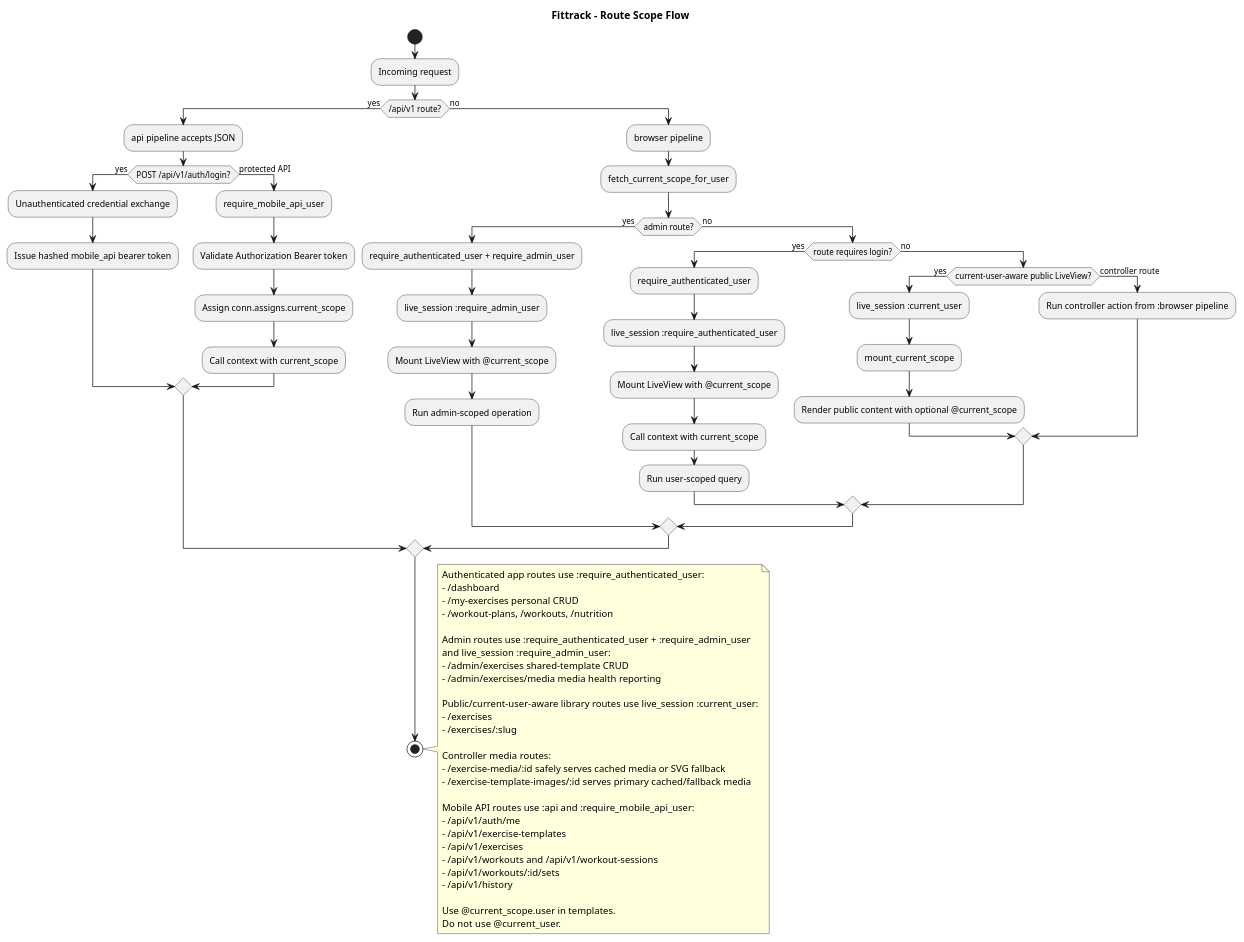
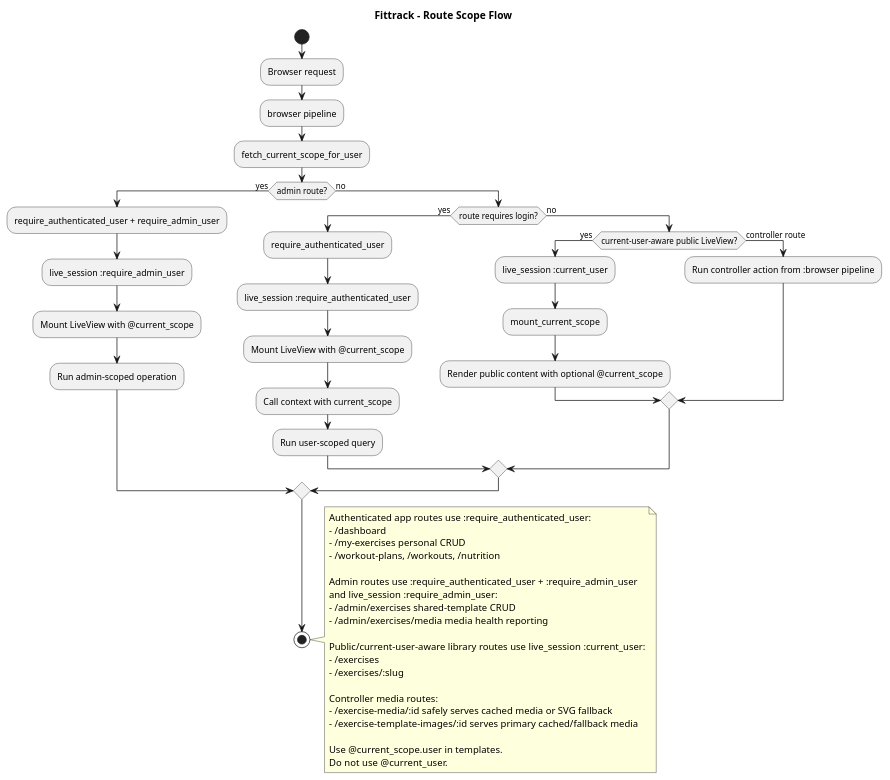
The third of 10 diagrams in docs/diagrams/ARCHITECTURE.puml (Ryner88/fittrack), drawn with PlantUML before and after one commit. The commit also changed other lines of this file and 39 other files, not shown here.

First line of the commit message:
Revert "Merge pull request #19 from Ryner88/mobile-api-expo-integration"

```diff
--- a/docs/diagrams/ARCHITECTURE.puml
+++ b/docs/diagrams/ARCHITECTURE.puml
@@ -218,79 +174,57 @@
 @startuml Fittrack_Authenticated_Routing
 title Fittrack - Route Scope Flow
 
 skinparam shadowing false
 
 start
-:Incoming request;
+:Browser request;
+:browser pipeline;
+:fetch_current_scope_for_user;
 
-if (/api/v1 route?) then (yes)
-  :api pipeline accepts JSON;
-  if (POST /api/v1/auth/login?) then (yes)
-    :Unauthenticated credential exchange;
-    :Issue hashed mobile_api bearer token;
-  else (protected API)
-    :require_mobile_api_user;
-    :Validate Authorization Bearer token;
-    :Assign conn.assigns.current_scope;
+if (admin route?) then (yes)
+  :require_authenticated_user + require_admin_user;
+  :live_session :require_admin_user;
+  :Mount LiveView with @current_scope;
+  :Run admin-scoped operation;
+else (no)
+  if (route requires login?) then (yes)
+    :require_authenticated_user;
+    :live_session :require_authenticated_user;
+    :Mount LiveView with @current_scope;
     :Call context with current_scope;
-  endif
-else (no)
-  :browser pipeline;
-  :fetch_current_scope_for_user;
-
-  if (admin route?) then (yes)
-    :require_authenticated_user + require_admin_user;
-    :live_session :require_admin_user;
-    :Mount LiveView with @current_scope;
-    :Run admin-scoped operation;
+    :Run user-scoped query;
   else (no)
-    if (route requires login?) then (yes)
-      :require_authenticated_user;
-      :live_session :require_authenticated_user;
-      :Mount LiveView with @current_scope;
-      :Call context with current_scope;
-      :Run user-scoped query;
-    else (no)
-      if (current-user-aware public LiveView?) then (yes)
-        :live_session :current_user;
-        :mount_current_scope;
-        :Render public content with optional @current_scope;
-      else (controller route)
-        :Run controller action from :browser pipeline;
-      endif
+    if (current-user-aware public LiveView?) then (yes)
+      :live_session :current_user;
+      :mount_current_scope;
+      :Render public content with optional @current_scope;
+    else (controller route)
+      :Run controller action from :browser pipeline;
     endif
   endif
 endif
 stop
 
 note right
 Authenticated app routes use :require_authenticated_user:
 - /dashboard
 - /my-exercises personal CRUD
 - /workout-plans, /workouts, /nutrition
 
 Admin routes use :require_authenticated_user + :require_admin_user
 and live_session :require_admin_user:
 - /admin/exercises shared-template CRUD
 - /admin/exercises/media media health reporting
 
 Public/current-user-aware library routes use live_session :current_user:
 - /exercises
 - /exercises/:slug
 
 Controller media routes:
 - /exercise-media/:id safely serves cached media or SVG fallback
 - /exercise-template-images/:id serves primary cached/fallback media
 
-Mobile API routes use :api and :require_mobile_api_user:
-- /api/v1/auth/me
-- /api/v1/exercise-templates
-- /api/v1/exercises
-- /api/v1/workouts and /api/v1/workout-sessions
-- /api/v1/workouts/:id/sets
-- /api/v1/history
-
 Use @current_scope.user in templates.
 Do not use @current_user.
 end note
 @enduml
```
